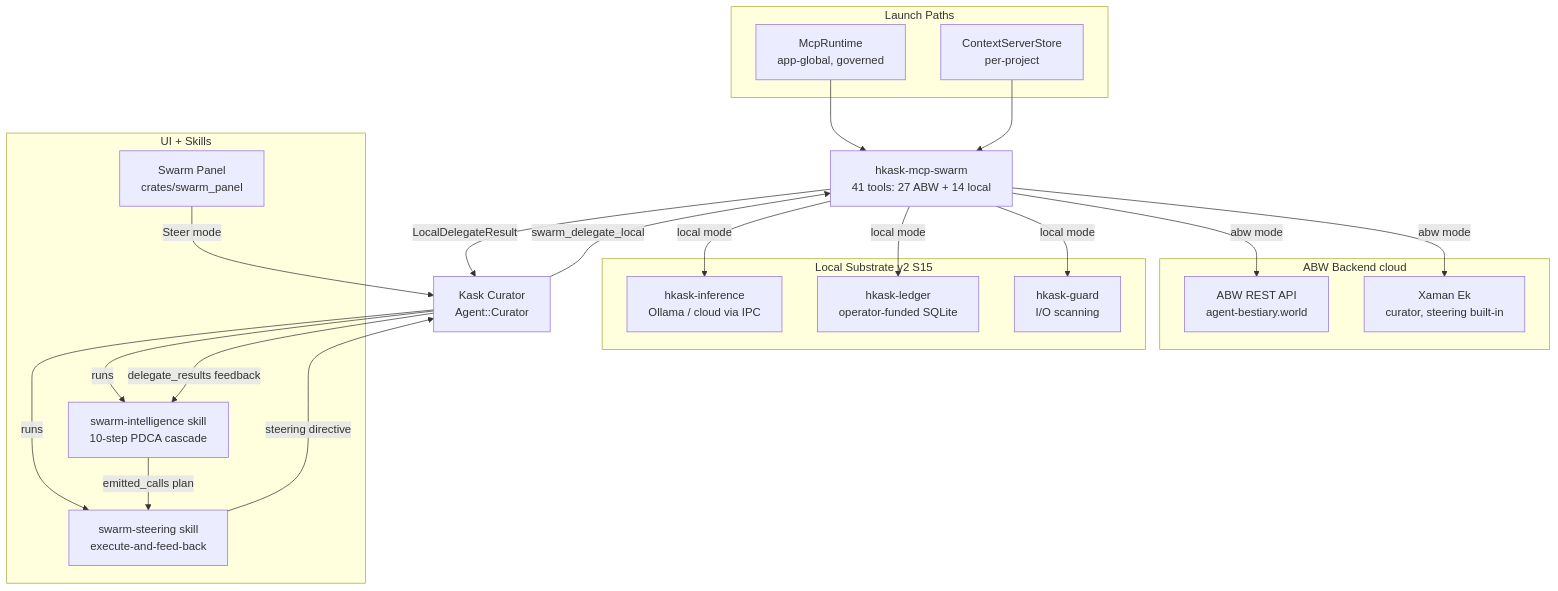
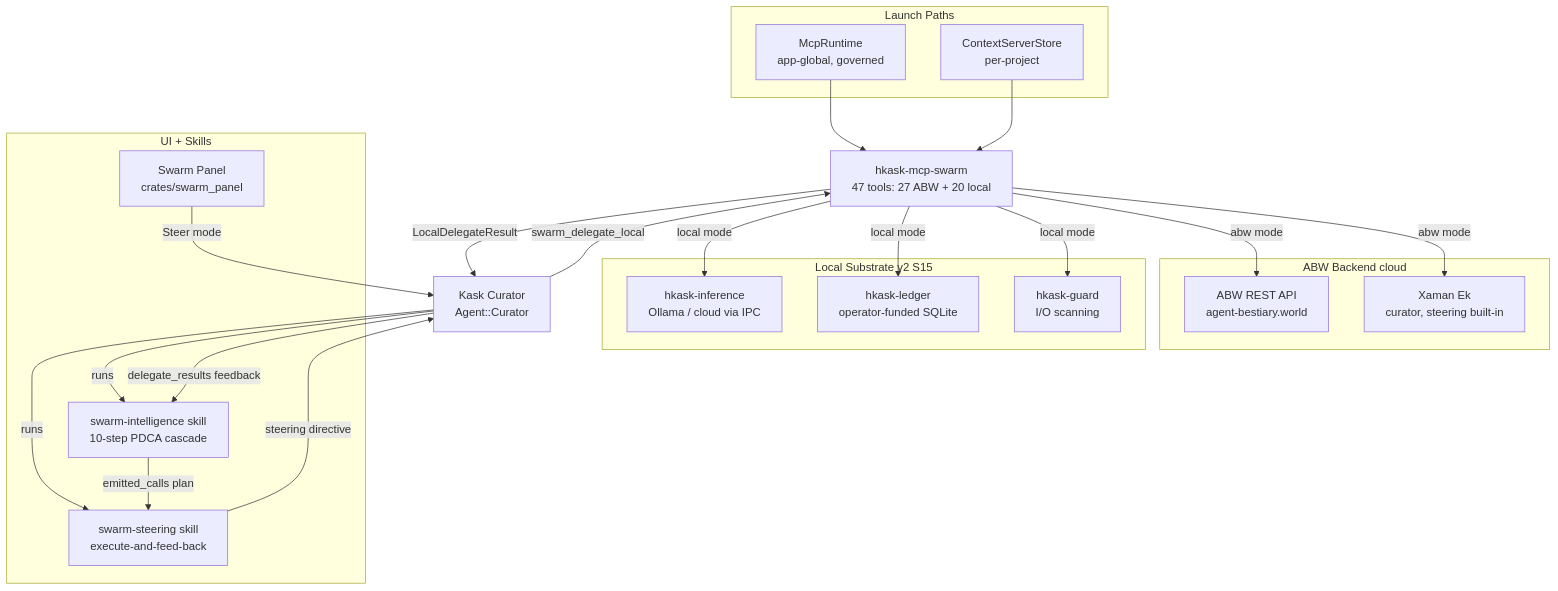
The diagram in kask/docs/diagrams/flowchart-swarm-architecture.md (mdz-axo/zed-kask), drawn with Mermaid before and after one commit. The commit also changed other lines of this file and 43 other files, not shown here.

````diff
--- a/kask/docs/diagrams/flowchart-swarm-architecture.md
+++ b/kask/docs/diagrams/flowchart-swarm-architecture.md
@@ -5,41 +5,41 @@
 ```mermaid
 flowchart TD
     subgraph launch[Launch Paths]
         MR[McpRuntime<br/>app-global, governed]
         CS[ContextServerStore<br/>per-project]
     end
-    SWARM[hkask-mcp-swarm<br/>41 tools: 27 ABW + 14 local]
+    SWARM[hkask-mcp-swarm<br/>47 tools: 27 ABW + 20 local]
     MR --> SWARM
     CS --> SWARM
 
     subgraph abw[ABW Backend cloud]
         ABW_API[ABW REST API<br/>agent-bestiary.world]
         XAMAN[Xaman Ek<br/>curator, steering built-in]
     end
 
     subgraph local[Local Substrate v2 S15]
         INF[hkask-inference<br/>Ollama / cloud via IPC]
         LEDGER[hkask-ledger<br/>operator-funded SQLite]
         GUARD[hkask-guard<br/>I/O scanning]
     end
 
     SWARM -->|abw mode| ABW_API
     SWARM -->|abw mode| XAMAN
     SWARM -->|local mode| INF
     SWARM -->|local mode| LEDGER
     SWARM -->|local mode| GUARD
 
     subgraph ui[UI + Skills]
         PANEL[Swarm Panel<br/>crates/swarm_panel]
         SI[swarm-intelligence skill<br/>10-step PDCA cascade]
         SS[swarm-steering skill<br/>execute-and-feed-back]
     end
     PANEL -->|Steer mode| CURATOR[Kask Curator<br/>Agent::Curator]
     CURATOR -->|runs| SI
     CURATOR -->|runs| SS
     SI -->|emitted_calls plan| SS
     SS -->|steering directive| CURATOR
     CURATOR -->|swarm_delegate_local| SWARM
     SWARM -->|LocalDelegateResult| CURATOR
     CURATOR -->|delegate_results feedback| SI
 ```
````
